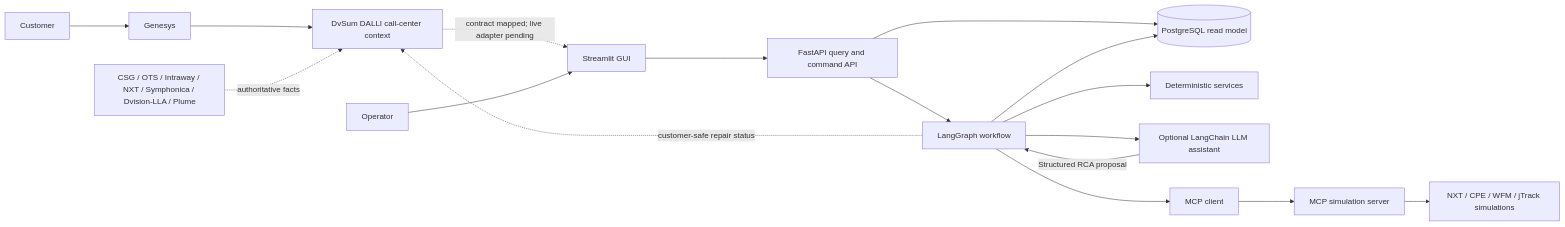
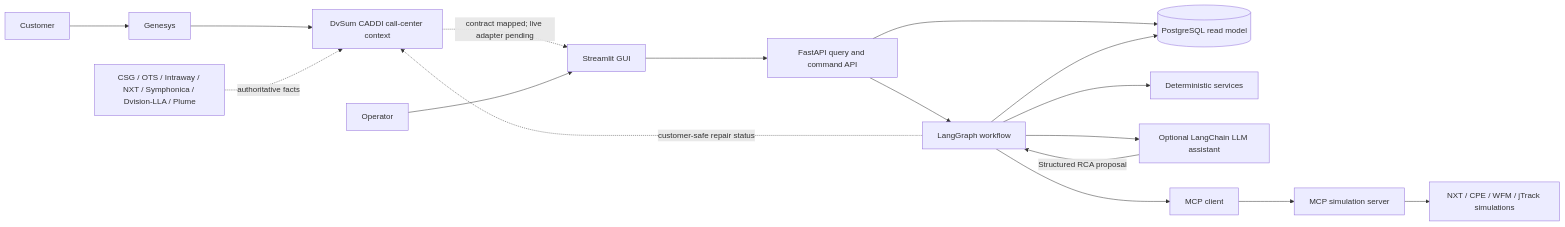
The diagram in README.md (cbartosch/CPE-ServAs-light), drawn with Mermaid before and after one commit. The commit also changed other lines of this file and 68 other files, not shown here.

Commit message:
fix: deliver canonical DvSum CADDI Python 3.14.7 application

````diff
--- a/README.md
+++ b/README.md
@@ -265,19 +270,19 @@
 ```mermaid
 flowchart LR
     C[Customer] --> GX[Genesys]
-    GX --> DALLI[DvSum DALLI call-center context]
-    S[CSG / OTS / Intraway / NXT / Symphonica / Dvision-LLA / Plume] -. authoritative facts .-> DALLI
-    DALLI -. contract mapped; live adapter pending .-> UI[Streamlit GUI]
+    GX --> CADDI[DvSum CADDI call-center context]
+    S[CSG / OTS / Intraway / NXT / Symphonica / Dvision-LLA / Plume] -. authoritative facts .-> CADDI
+    CADDI -. contract mapped; live adapter pending .-> UI[Streamlit GUI]
     U[Operator] --> UI
     UI --> API[FastAPI query and command API]
     API --> DB[(PostgreSQL read model)]
     API --> G[LangGraph workflow]
     G --> D[Deterministic services]
     G --> L[Optional LangChain LLM assistant]
     L -->|Structured RCA proposal| G
     G --> M[MCP client]
     M --> MS[MCP simulation server]
     MS --> N[NXT / CPE / WFM / jTrack simulations]
     G --> DB
-    G -. customer-safe repair status .-> DALLI
+    G -. customer-safe repair status .-> CADDI
 ```
````
